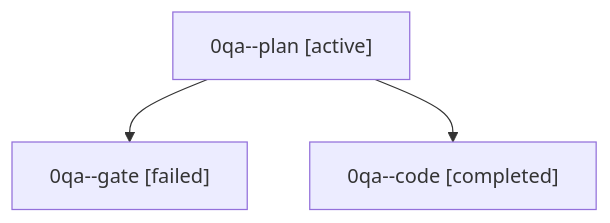
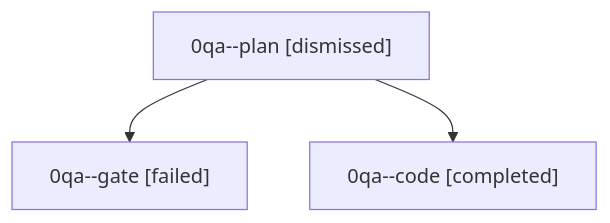
Before and after one commit to sase-org/sase--agents: the diagram in sessions/bbugyi200.athena.0qa.md, drawn with Mermaid. The commit also changed other lines of this file and 47 other files, not shown here.

````diff
--- a/sessions/bbugyi200.athena.0qa.md
+++ b/sessions/bbugyi200.athena.0qa.md
@@ -9,8 +9,8 @@
 ```mermaid
 flowchart TD
-  n0["0qa--plan [active]"]
+  n0["0qa--plan [dismissed]"]
   n1["0qa--gate [failed]"]
   n0 --> n1
   n2["0qa--code [completed]"]
   n0 --> n2
 ```
````
